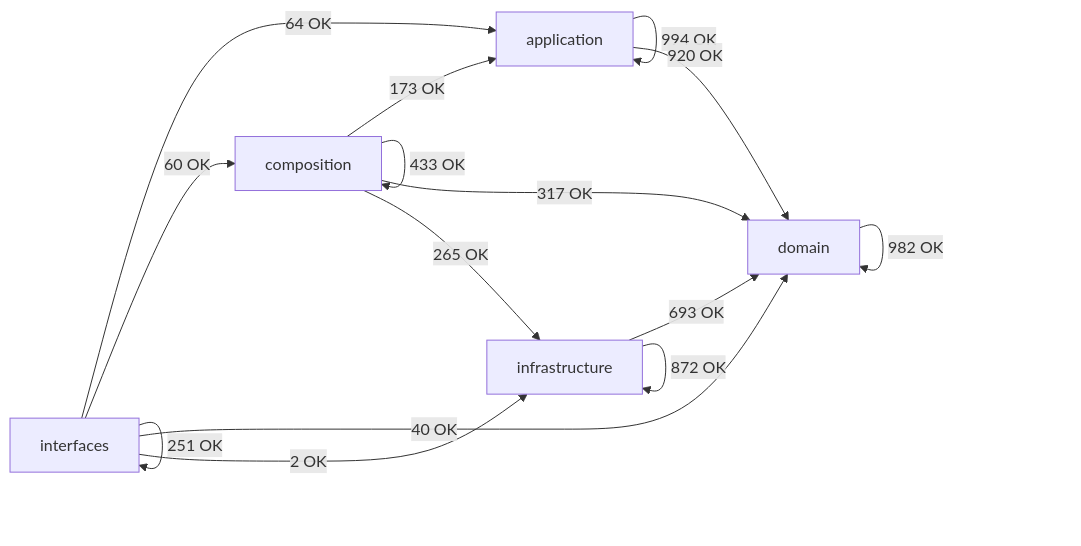
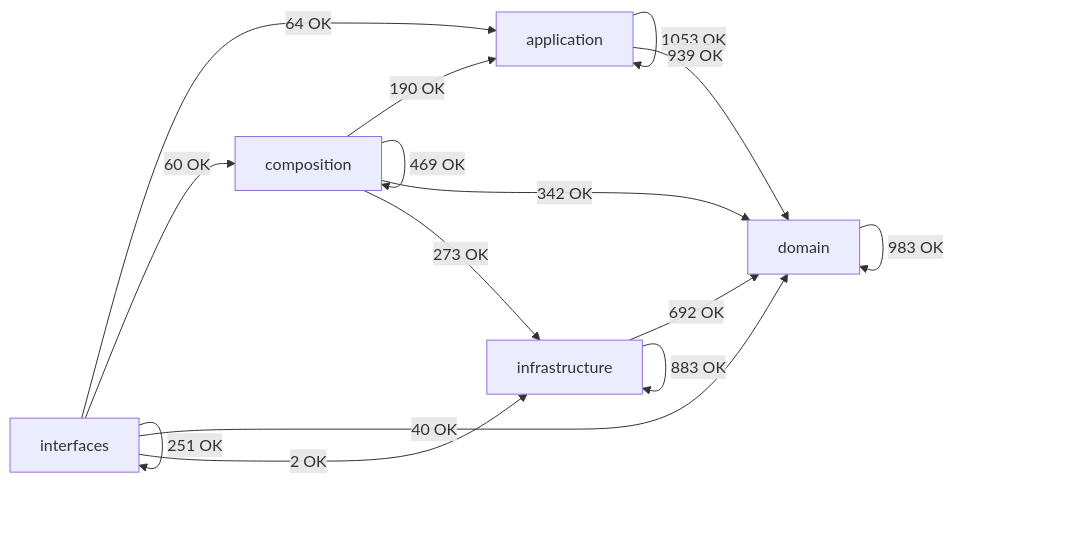
The diagram in docs/02-architecture/generated/module-dependency-map.md (SatoryKono/BioactivityDataAcquisition), drawn with Mermaid before and after one commit. The commit also changed other lines of this file and 15 other files, not shown here.

````diff
--- a/docs/02-architecture/generated/module-dependency-map.md
+++ b/docs/02-architecture/generated/module-dependency-map.md
@@ -17,22 +17,22 @@
 ```mermaid
 flowchart LR
     domain[domain]
     application[application]
     infrastructure[infrastructure]
     composition[composition]
     interfaces[interfaces]
-    application -->|994 OK| application
-    application -->|920 OK| domain
-    composition -->|173 OK| application
-    composition -->|433 OK| composition
-    composition -->|317 OK| domain
-    composition -->|265 OK| infrastructure
-    domain -->|982 OK| domain
-    infrastructure -->|693 OK| domain
-    infrastructure -->|872 OK| infrastructure
+    application -->|1053 OK| application
+    application -->|939 OK| domain
+    composition -->|190 OK| application
+    composition -->|469 OK| composition
+    composition -->|342 OK| domain
+    composition -->|273 OK| infrastructure
+    domain -->|983 OK| domain
+    infrastructure -->|692 OK| domain
+    infrastructure -->|883 OK| infrastructure
     interfaces -->|64 OK| application
     interfaces -->|60 OK| composition
     interfaces -->|40 OK| domain
     interfaces -->|2 OK| infrastructure
     interfaces -->|251 OK| interfaces
 ```
````
